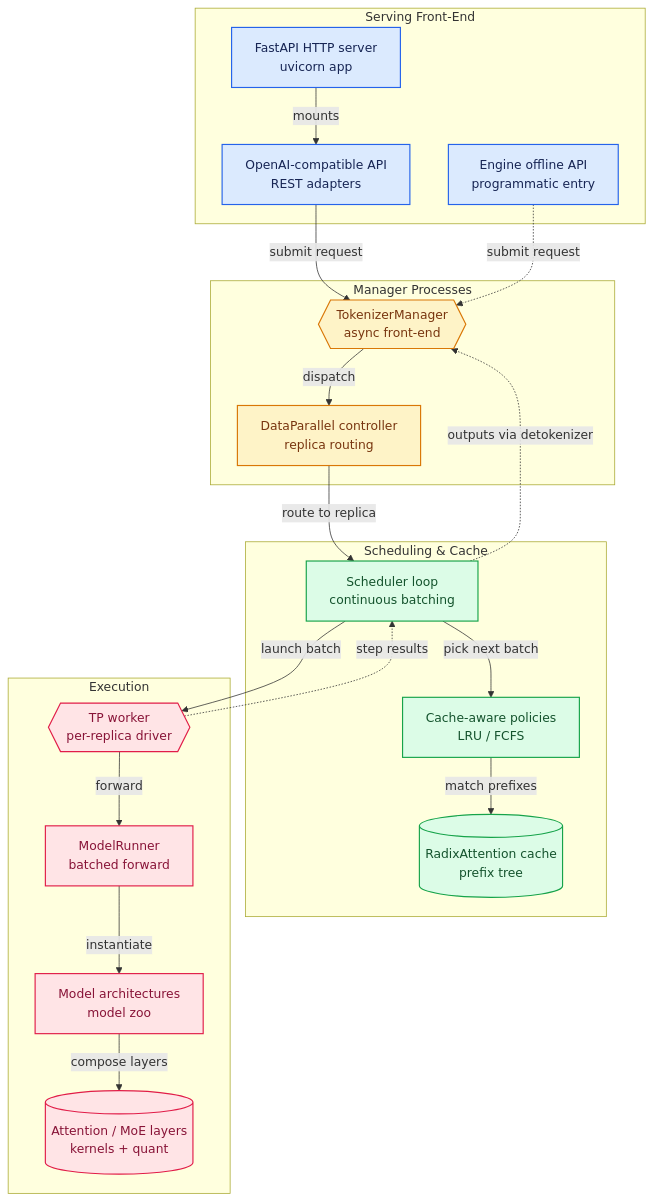
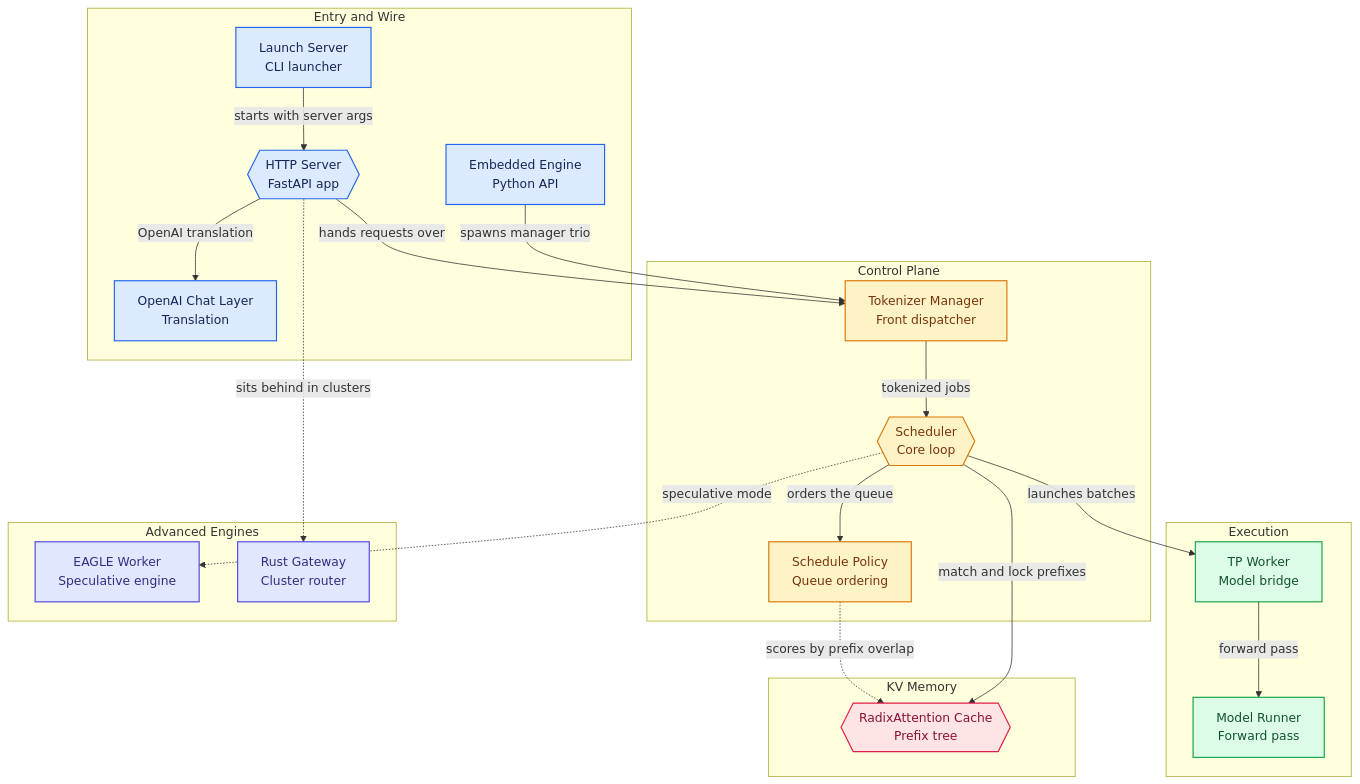
Before and after one commit to py2ai/py2ai.github.io: the diagram in diagrams/sglang/sglang-overview-architecture.mmd, drawn with Mermaid. The commit also changed 6 other files, not shown here.

Commit message:
Add sglang source tour with architecture diagrams

```diff
--- a/diagrams/sglang/sglang-overview-architecture.mmd
+++ b/diagrams/sglang/sglang-overview-architecture.mmd
@@ -1,61 +1,54 @@
 flowchart TD
 
-subgraph group_api["Serving Front-End"]
-  node_http["FastAPI HTTP server<br/>uvicorn app"]
-  node_openai_api["OpenAI-compatible API<br/>REST adapters"]
-  node_engine["Engine offline API<br/>programmatic entry"]
+subgraph group_entry["Entry and Wire"]
+  node_launch_server["Launch Server<br/>CLI launcher"]
+  node_http_server{{"HTTP Server<br/>FastAPI app"}}
+  node_serving_chat["OpenAI Chat Layer<br/>Translation"]
+  node_engine["Embedded Engine<br/>Python API"]
 end
 
-subgraph group_engine["Manager Processes"]
-  node_tok_mgr{{"TokenizerManager<br/>async front-end"}}
-  node_dp_ctl["DataParallel controller<br/>replica routing"]
+subgraph group_control["Control Plane"]
+  node_tokenizer_manager["Tokenizer Manager<br/>Front dispatcher"]
+  node_scheduler{{"Scheduler<br/>Core loop"}}
+  node_schedule_policy["Schedule Policy<br/>Queue ordering"]
 end
 
-subgraph group_sched["Scheduling &amp; Cache"]
-  node_scheduler["Scheduler loop<br/>continuous batching"]
-  node_radix[("RadixAttention cache<br/>prefix tree")]
-  node_policy["Cache-aware policies<br/>LRU / FCFS"]
+subgraph group_runtime["Execution"]
+  node_tp_worker["TP Worker<br/>Model bridge"]
+  node_model_runner["Model Runner<br/>Forward pass"]
 end
 
-subgraph group_exec["Execution"]
-  node_tp_worker{{"TP worker<br/>per-replica driver"}}
-  node_model_runner["ModelRunner<br/>batched forward"]
-  node_models["Model architectures<br/>model zoo"]
-  node_layers[("Attention / MoE layers<br/>kernels + quant")]
+subgraph group_memory["KV Memory"]
+  node_radix_cache{{"RadixAttention Cache<br/>Prefix tree"}}
 end
 
-node_http -->|"mounts"| node_openai_api
-node_openai_api -->|"submit request"| node_tok_mgr
-node_engine -.->|"submit request"| node_tok_mgr
-node_tok_mgr -->|"dispatch"| node_dp_ctl
-node_dp_ctl -->|"route to replica"| node_scheduler
-node_scheduler -->|"pick next batch"| node_policy
-node_policy -->|"match prefixes"| node_radix
-node_scheduler -->|"launch batch"| node_tp_worker
-node_tp_worker -->|"forward"| node_model_runner
-node_model_runner -->|"instantiate"| node_models
-node_models -->|"compose layers"| node_layers
-node_tp_worker -.->|"step results"| node_scheduler
-node_scheduler -.->|"outputs via detokenizer"| node_tok_mgr
+subgraph group_features["Advanced Engines"]
+  node_eagle_worker["EAGLE Worker<br/>Speculative engine"]
+  node_rust_router["Rust Gateway<br/>Cluster router"]
+end
 
-click node_http "https://github.com/sgl-project/sglang/blob/main/python/sglang/srt/entrypoints/http_server.py"
-click node_engine "https://github.com/sgl-project/sglang/blob/main/python/sglang/srt/entrypoints/engine.py"
-click node_tok_mgr "https://github.com/sgl-project/sglang/blob/main/python/sglang/srt/managers/tokenizer_manager.py"
-click node_dp_ctl "https://github.com/sgl-project/sglang/blob/main/python/sglang/srt/managers/data_parallel_controller.py"
-click node_scheduler "https://github.com/sgl-project/sglang/blob/main/python/sglang/srt/managers/scheduler.py"
-click node_radix "https://github.com/sgl-project/sglang/blob/main/python/sglang/srt/mem_cache/radix_cache.py"
-click node_policy "https://github.com/sgl-project/sglang/blob/main/python/sglang/srt/managers/schedule_policy.py"
-click node_tp_worker "https://github.com/sgl-project/sglang/blob/main/python/sglang/srt/managers/tp_worker.py"
-click node_model_runner "https://github.com/sgl-project/sglang/blob/main/python/sglang/srt/model_executor/model_runner.py"
+node_launch_server -->|"starts with server args"| node_http_server
+node_engine -->|"spawns manager trio"| node_tokenizer_manager
+node_http_server -->|"OpenAI translation"| node_serving_chat
+node_http_server -->|"hands requests over"| node_tokenizer_manager
+node_tokenizer_manager -->|"tokenized jobs"| node_scheduler
+node_scheduler -->|"orders the queue"| node_schedule_policy
+node_scheduler -->|"launches batches"| node_tp_worker
+node_tp_worker -->|"forward pass"| node_model_runner
+node_scheduler -->|"match and lock prefixes"| node_radix_cache
+node_scheduler -.->|"speculative mode"| node_eagle_worker
+node_http_server -.->|"sits behind in clusters"| node_rust_router
+node_schedule_policy -.->|"scores by prefix overlap"| node_radix_cache
 
 classDef toneNeutral fill:#f8fafc,stroke:#334155,stroke-width:1.5px,color:#0f172a
 classDef toneBlue fill:#dbeafe,stroke:#2563eb,stroke-width:1.5px,color:#172554
 classDef toneAmber fill:#fef3c7,stroke:#d97706,stroke-width:1.5px,color:#78350f
 classDef toneMint fill:#dcfce7,stroke:#16a34a,stroke-width:1.5px,color:#14532d
 classDef toneRose fill:#ffe4e6,stroke:#e11d48,stroke-width:1.5px,color:#881337
 classDef toneIndigo fill:#e0e7ff,stroke:#4f46e5,stroke-width:1.5px,color:#312e81
 classDef toneTeal fill:#ccfbf1,stroke:#0f766e,stroke-width:1.5px,color:#134e4a
-class node_http,node_openai_api,node_engine toneBlue
-class node_tok_mgr,node_dp_ctl toneAmber
-class node_scheduler,node_radix,node_policy toneMint
-class node_tp_worker,node_model_runner,node_models,node_layers toneRose
+class node_launch_server,node_http_server,node_serving_chat,node_engine toneBlue
+class node_tokenizer_manager,node_scheduler,node_schedule_policy toneAmber
+class node_tp_worker,node_model_runner toneMint
+class node_radix_cache toneRose
+class node_eagle_worker,node_rust_router toneIndigo
```
